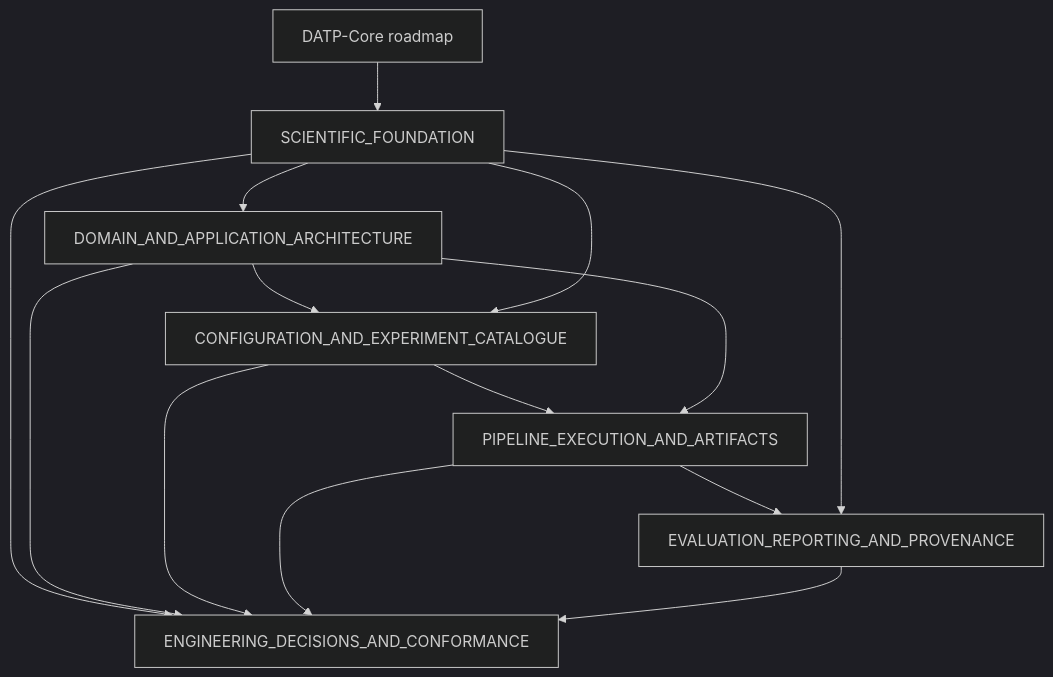
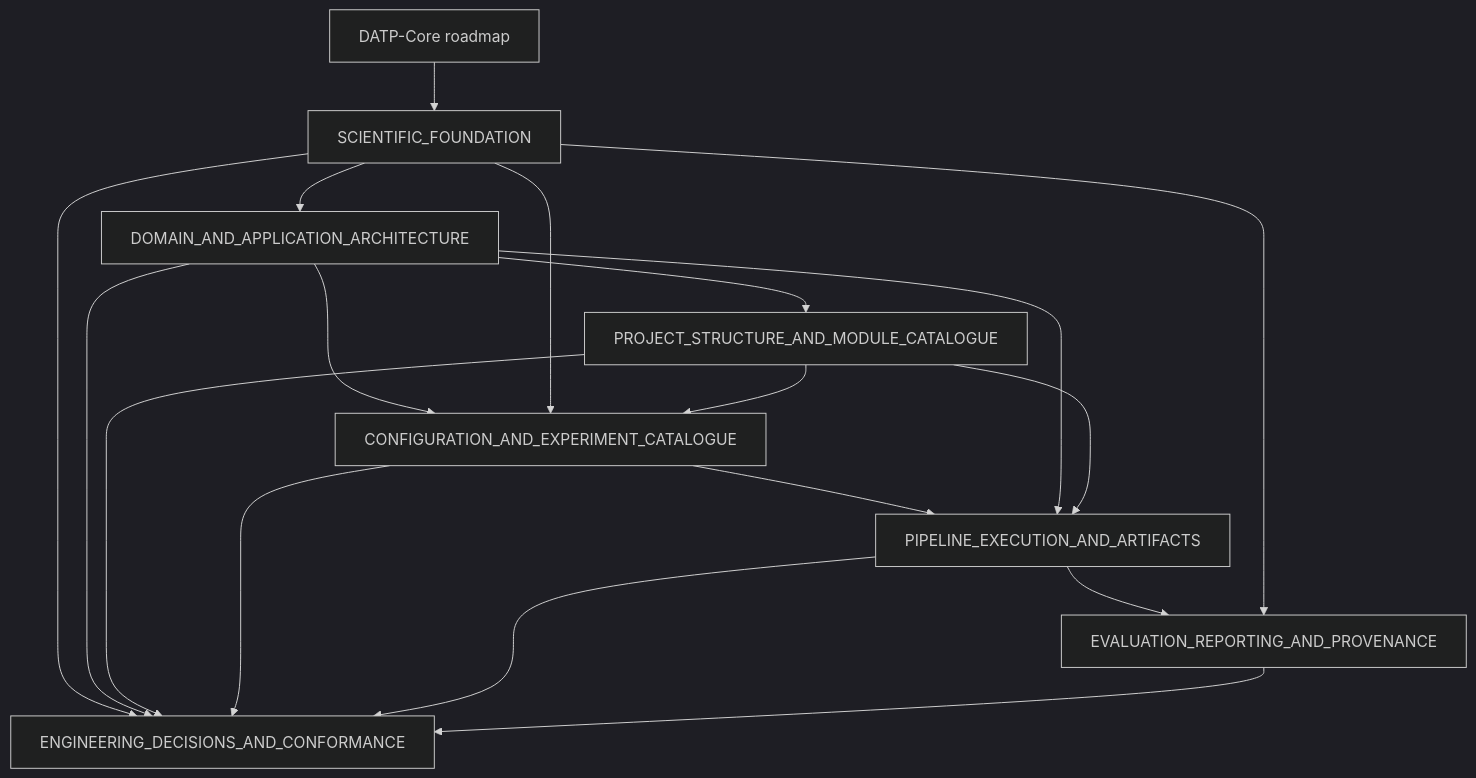
The diagram in docs/Architecture/README.md (naslouby-salahe/datp-core), drawn with Mermaid (dark theme) before and after one commit. The commit also changed other lines of this file and 7 other files, not shown here.

````diff
--- a/docs/Architecture/README.md
+++ b/docs/Architecture/README.md
@@ -75,16 +76,20 @@
 ```mermaid
 graph TD
     RM[DATP-Core roadmap] --> SCI[SCIENTIFIC_FOUNDATION]
     SCI --> DOM[DOMAIN_AND_APPLICATION_ARCHITECTURE]
+    DOM --> STRUCT[PROJECT_STRUCTURE_AND_MODULE_CATALOGUE]
     DOM --> CFG[CONFIGURATION_AND_EXPERIMENT_CATALOGUE]
     SCI --> CFG
+    STRUCT --> CFG
     CFG --> PIPE[PIPELINE_EXECUTION_AND_ARTIFACTS]
     DOM --> PIPE
+    STRUCT --> PIPE
     PIPE --> EVAL[EVALUATION_REPORTING_AND_PROVENANCE]
     SCI --> EVAL
     SCI --> DEC[ENGINEERING_DECISIONS_AND_CONFORMANCE]
     DOM --> DEC
+    STRUCT --> DEC
     CFG --> DEC
     PIPE --> DEC
     EVAL --> DEC
 ```
````
